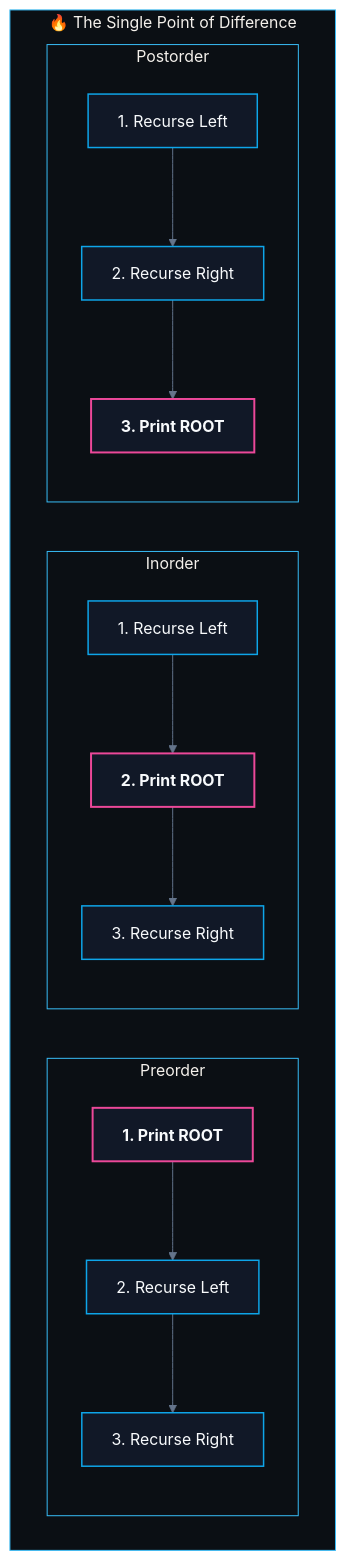
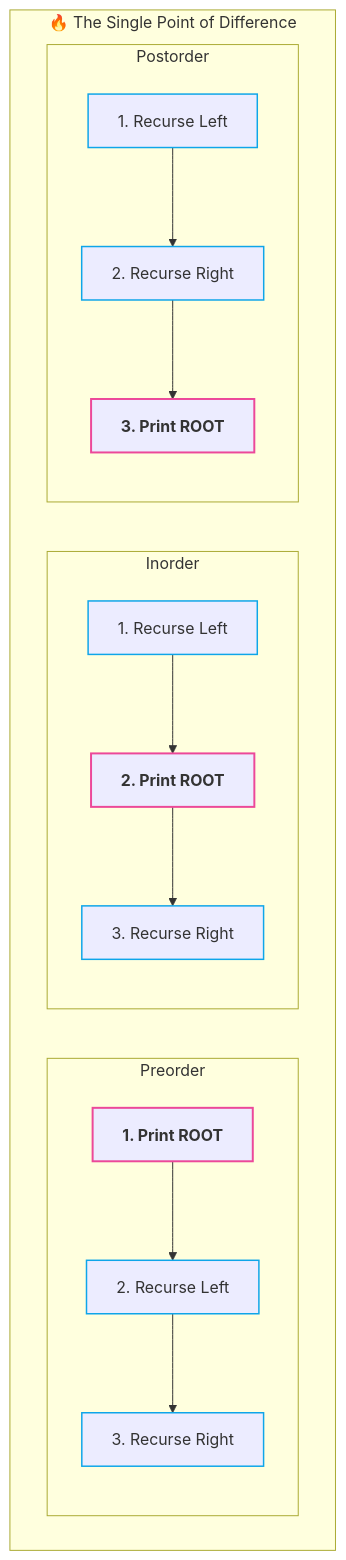
One commit to abhinavbharti2345/CS_Notes changed the second of 5 diagrams in CS/DSA/07. Trees & BSTs/02. Binary Tree Traversals.md. Above: the diagram before and after it, drawn with Mermaid. The commit also changed other lines of this file and 91 other files, not shown here.

````diff
--- a/CS/DSA/07. Trees & BSTs/02. Binary Tree Traversals.md
+++ b/CS/DSA/07. Trees & BSTs/02. Binary Tree Traversals.md
@@ -159,33 +158,32 @@
 ```mermaid
-%%{init: {'theme': 'base', 'themeVariables': { 'darkMode': true, 'background': '#0B0F14', 'mainBkg': '#111827', 'primaryColor': '#111827', 'primaryTextColor': '#F8FAFC', 'primaryBorderColor': '#38BDF8', 'lineColor': '#64748B', 'secondaryColor': '#0B0F14', 'tertiaryColor': '#0B0F14', 'clusterBkg': '#0B0F14', 'clusterBorder': '#38BDF8' }}}%%
 flowchart TD
     subgraph CodeComparison ["🔥 The Single Point of Difference"]
         direction LR
         subgraph Pre ["Preorder"]
             direction TB
             PR1["<b>1. Print ROOT</b>"]
             PR2["2. Recurse Left"]
             PR3["3. Recurse Right"]
             PR1 --> PR2 --> PR3
         end
         subgraph In ["Inorder"]
             direction TB
             IN1["1. Recurse Left"]
             IN2["<b>2. Print ROOT</b>"]
             IN3["3. Recurse Right"]
             IN1 --> IN2 --> IN3
         end
         subgraph Post ["Postorder"]
             direction TB
             PO1["1. Recurse Left"]
             PO2["2. Recurse Right"]
             PO3["<b>3. Print ROOT</b>"]
             PO1 --> PO2 --> PO3
         end
     end
 
-    classDef rootAction fill:#111827,stroke:#ec4899,stroke-width:2px,color:#F8FAFC;
-    classDef recurseAction fill:#111827,stroke:#0ea5e9,stroke-width:1.5px,color:#F8FAFC;
+    classDef rootAction stroke:#ec4899,stroke-width:2px;
+    classDef recurseAction stroke:#0ea5e9,stroke-width:1.5px;
     class PR1,IN2,PO3 rootAction;
     class PR2,PR3,IN1,IN3,PO1,PO2 recurseAction;
 ```
````
